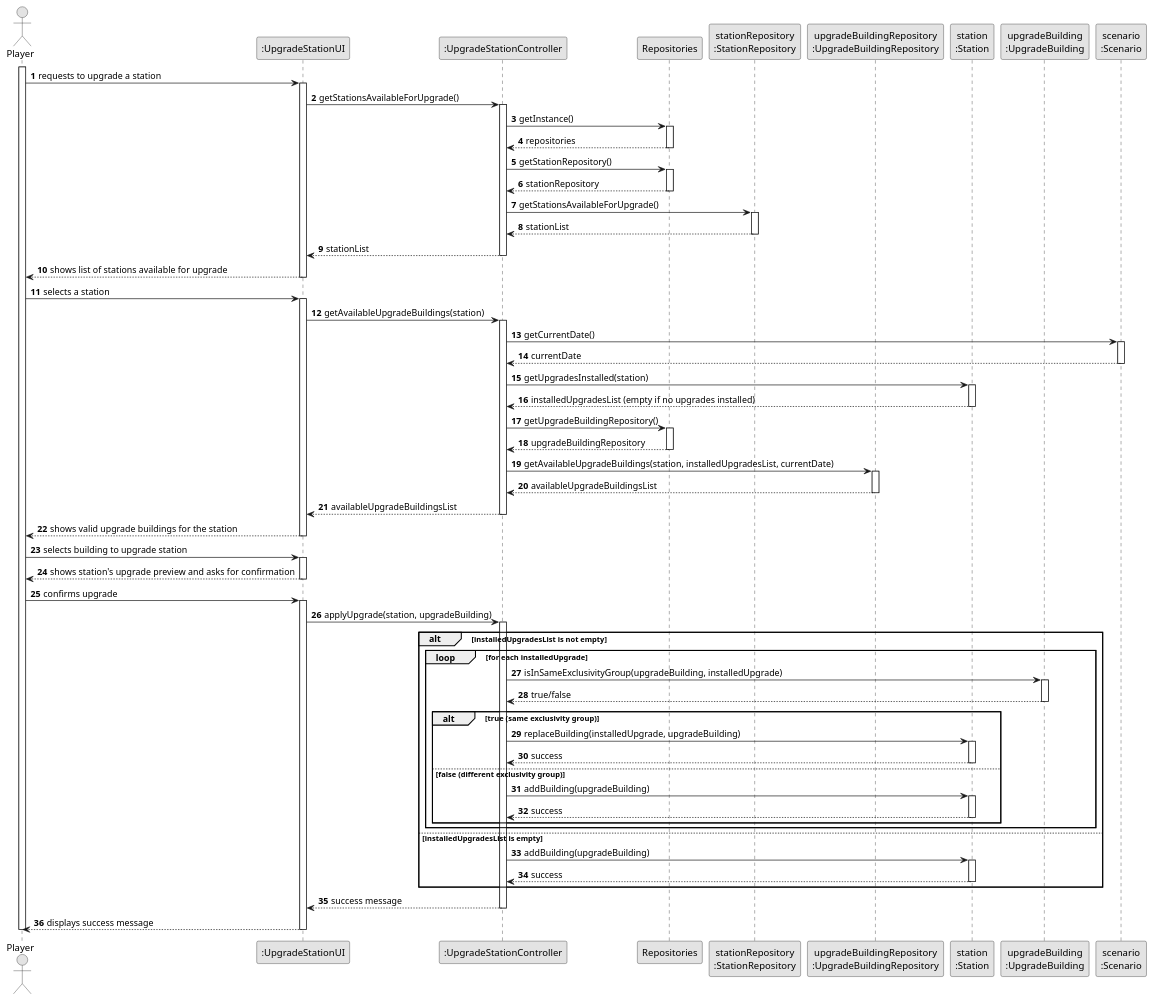
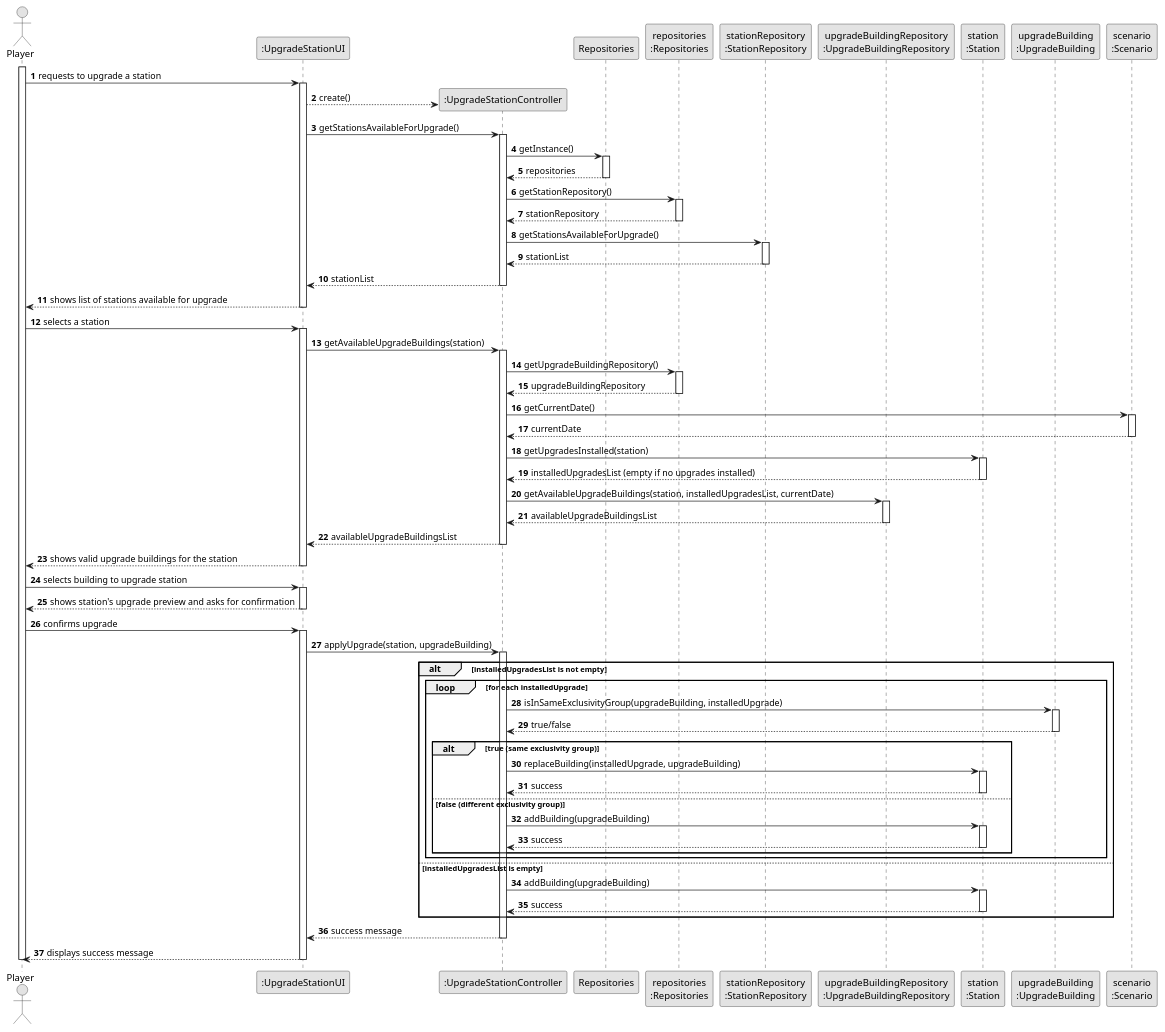
Before and after one commit to Educ00/mdisc-2425: the diagram in docs/system-documentation/sprint 2/US06/03.design/puml/US006-SD-full.puml, drawn with PlantUML. The commit also changed 4 other files, not shown here.

```diff
--- a/docs/system-documentation/sprint 2/US06/03.design/puml/US006-SD-full.puml
+++ b/docs/system-documentation/sprint 2/US06/03.design/puml/US006-SD-full.puml
@@ -1,126 +1,129 @@
 @startuml
-                            skinparam monochrome true
-                            skinparam packageStyle rectangle
-                            skinparam shadowing false
+skinparam monochrome true
+skinparam packageStyle rectangle
+skinparam shadowing false
 
-                            autonumber
+autonumber
 
-                            actor "Player" as PLAYER
-                            participant ":UpgradeStationUI" as UI
-                            participant ":UpgradeStationController" as CTRL
-                            participant "Repositories" as REPOS
-                            participant "stationRepository\n:StationRepository" as STATION_REPO
-                            participant "upgradeBuildingRepository\n:UpgradeBuildingRepository" as UPGRADE_BUILDING_REPO
-                            participant "station\n:Station" as STATION
-                            participant "upgradeBuilding\n:UpgradeBuilding" as UPGRADE_BUILDING
-                            participant "scenario\n:Scenario" as SCENARIO
+actor "Player" as PLAYER
+participant ":UpgradeStationUI" as UI
+participant ":UpgradeStationController" as CTRL
+participant "Repositories" as REPOS
+participant "repositories\n:Repositories" as REPOS_SINGLETON
+participant "stationRepository\n:StationRepository" as STATION_REPO
+participant "upgradeBuildingRepository\n:UpgradeBuildingRepository" as UPGRADE_BUILDING_REPO
+participant "station\n:Station" as STATION
+participant "upgradeBuilding\n:UpgradeBuilding" as UPGRADE_BUILDING
+participant "scenario\n:Scenario" as SCENARIO
 
-                            activate PLAYER
+activate PLAYER
 
-                                PLAYER -> UI : requests to upgrade a station
-                                activate UI
+PLAYER -> UI : requests to upgrade a station
+activate UI
 
-                                    UI -> CTRL : getStationsAvailableForUpgrade()
-                                    activate CTRL
+UI --> CTRL** : create()
 
-                                        CTRL -> REPOS : getInstance()
-                                        activate REPOS
+UI -> CTRL : getStationsAvailableForUpgrade()
+activate CTRL
 
-                                            REPOS --> CTRL : repositories
-                                        deactivate REPOS
+CTRL -> REPOS : getInstance()
+activate REPOS
 
-                                        CTRL -> REPOS : getStationRepository()
-                                        activate REPOS
+REPOS --> CTRL : repositories
+deactivate REPOS
 
-                                            REPOS --> CTRL : stationRepository
-                                        deactivate REPOS
+CTRL -> REPOS_SINGLETON : getStationRepository()
+activate REPOS_SINGLETON
 
-                                        CTRL -> STATION_REPO : getStationsAvailableForUpgrade()
-                                        activate STATION_REPO
-                                            STATION_REPO --> CTRL : stationList
-                                        deactivate STATION_REPO
+REPOS_SINGLETON --> CTRL : stationRepository
+deactivate REPOS_SINGLETON
 
-                                        CTRL --> UI : stationList
-                                    deactivate CTRL
+CTRL -> STATION_REPO : getStationsAvailableForUpgrade()
+activate STATION_REPO
+STATION_REPO --> CTRL : stationList
+deactivate STATION_REPO
 
-                                    UI --> PLAYER : shows list of stations available for upgrade
-                                deactivate UI
+CTRL --> UI : stationList
+deactivate CTRL
 
-                                PLAYER -> UI : selects a station
-                                activate UI
+UI --> PLAYER : shows list of stations available for upgrade
+deactivate UI
 
-                                    UI -> CTRL : getAvailableUpgradeBuildings(station)
-                                    activate CTRL
+PLAYER -> UI : selects a station
+activate UI
 
-                                    CTRL -> SCENARIO : getCurrentDate()
-                                        activate SCENARIO
-                                            SCENARIO --> CTRL : currentDate
-                                        deactivate SCENARIO
+UI -> CTRL : getAvailableUpgradeBuildings(station)
+activate CTRL
 
-                                    CTRL -> STATION : getUpgradesInstalled(station)
-                                    activate STATION
-                                        STATION --> CTRL : installedUpgradesList (empty if no upgrades installed)
-                                    deactivate STATION
+CTRL -> REPOS_SINGLETON : getUpgradeBuildingRepository()
+activate REPOS_SINGLETON
 
-                                    CTRL -> REPOS : getUpgradeBuildingRepository()
-                                    activate REPOS
+REPOS_SINGLETON --> CTRL : upgradeBuildingRepository
+deactivate REPOS_SINGLETON
 
-                                        REPOS --> CTRL : upgradeBuildingRepository
-                                    deactivate REPOS
+CTRL -> SCENARIO : getCurrentDate()
+activate SCENARIO
+SCENARIO --> CTRL : currentDate
+deactivate SCENARIO
 
-                                    CTRL -> UPGRADE_BUILDING_REPO : getAvailableUpgradeBuildings(station, installedUpgradesList, currentDate)
-                                    activate UPGRADE_BUILDING_REPO
-                                        UPGRADE_BUILDING_REPO --> CTRL : availableUpgradeBuildingsList
-                                    deactivate UPGRADE_BUILDING_REPO
+CTRL -> STATION : getUpgradesInstalled(station)
+activate STATION
+STATION --> CTRL : installedUpgradesList (empty if no upgrades installed)
+deactivate STATION
 
-                                    CTRL --> UI : availableUpgradeBuildingsList
-                                deactivate CTRL
+CTRL -> UPGRADE_BUILDING_REPO : getAvailableUpgradeBuildings(station, installedUpgradesList, currentDate)
+activate UPGRADE_BUILDING_REPO
+UPGRADE_BUILDING_REPO --> CTRL : availableUpgradeBuildingsList
+deactivate UPGRADE_BUILDING_REPO
 
-                                UI --> PLAYER : shows valid upgrade buildings for the station
-                            deactivate UI
+CTRL --> UI : availableUpgradeBuildingsList
+deactivate CTRL
 
-                                PLAYER -> UI : selects building to upgrade station
-                                activate UI
+UI --> PLAYER : shows valid upgrade buildings for the station
+deactivate UI
 
-                                    UI --> PLAYER : shows station's upgrade preview and asks for confirmation
-                                                        deactivate UI
+PLAYER -> UI : selects building to upgrade station
+activate UI
 
-                                PLAYER -> UI : confirms upgrade
-                                activate UI
-                                    UI -> CTRL : applyUpgrade(station, upgradeBuilding)
-                                    activate CTRL
+UI --> PLAYER : shows station's upgrade preview and asks for confirmation
+deactivate UI
 
-                                        alt installedUpgradesList is not empty
-                                            loop for each installedUpgrade
-                                                CTRL -> UPGRADE_BUILDING : isInSameExclusivityGroup(upgradeBuilding, installedUpgrade)
-                                                activate UPGRADE_BUILDING
-                                                    UPGRADE_BUILDING --> CTRL : true/false
-                                                deactivate UPGRADE_BUILDING
+PLAYER -> UI : confirms upgrade
+activate UI
+UI -> CTRL : applyUpgrade(station, upgradeBuilding)
+activate CTRL
 
-                                                alt true (same exclusivity group)
-                                                    CTRL -> STATION : replaceBuilding(installedUpgrade, upgradeBuilding)
-                                                    activate STATION
-                                                        STATION --> CTRL : success
-                                                    deactivate STATION
-                                                else false (different exclusivity group)
-                                                    CTRL -> STATION : addBuilding(upgradeBuilding)
-                                                    activate STATION
-                                                        STATION --> CTRL : success
-                                                    deactivate STATION
-                                                end
-                                            end
-                                        else installedUpgradesList is empty
-                                            CTRL -> STATION : addBuilding(upgradeBuilding)
-                                            activate STATION
-                                                STATION --> CTRL : success
-                                            deactivate STATION
-                                        end
+alt installedUpgradesList is not empty
+loop for each installedUpgrade
+CTRL -> UPGRADE_BUILDING : isInSameExclusivityGroup(upgradeBuilding, installedUpgrade)
+activate UPGRADE_BUILDING
+UPGRADE_BUILDING --> CTRL : true/false
+deactivate UPGRADE_BUILDING
 
-                                        CTRL --> UI : success message
-                                    deactivate CTRL
+alt true (same exclusivity group)
+CTRL -> STATION : replaceBuilding(installedUpgrade, upgradeBuilding)
+activate STATION
+STATION --> CTRL : success
+deactivate STATION
+else false (different exclusivity group)
+CTRL -> STATION : addBuilding(upgradeBuilding)
+activate STATION
+STATION --> CTRL : success
+deactivate STATION
+end
+end
+else installedUpgradesList is empty
+CTRL -> STATION : addBuilding(upgradeBuilding)
+activate STATION
+STATION --> CTRL : success
+deactivate STATION
+end
 
-                                    UI --> PLAYER : displays success message
-                                deactivate UI
+CTRL --> UI : success message
+deactivate CTRL
 
-                            deactivate PLAYER
-                            @enduml
+UI --> PLAYER : displays success message
+deactivate UI
+
+deactivate PLAYER
+@enduml
```
